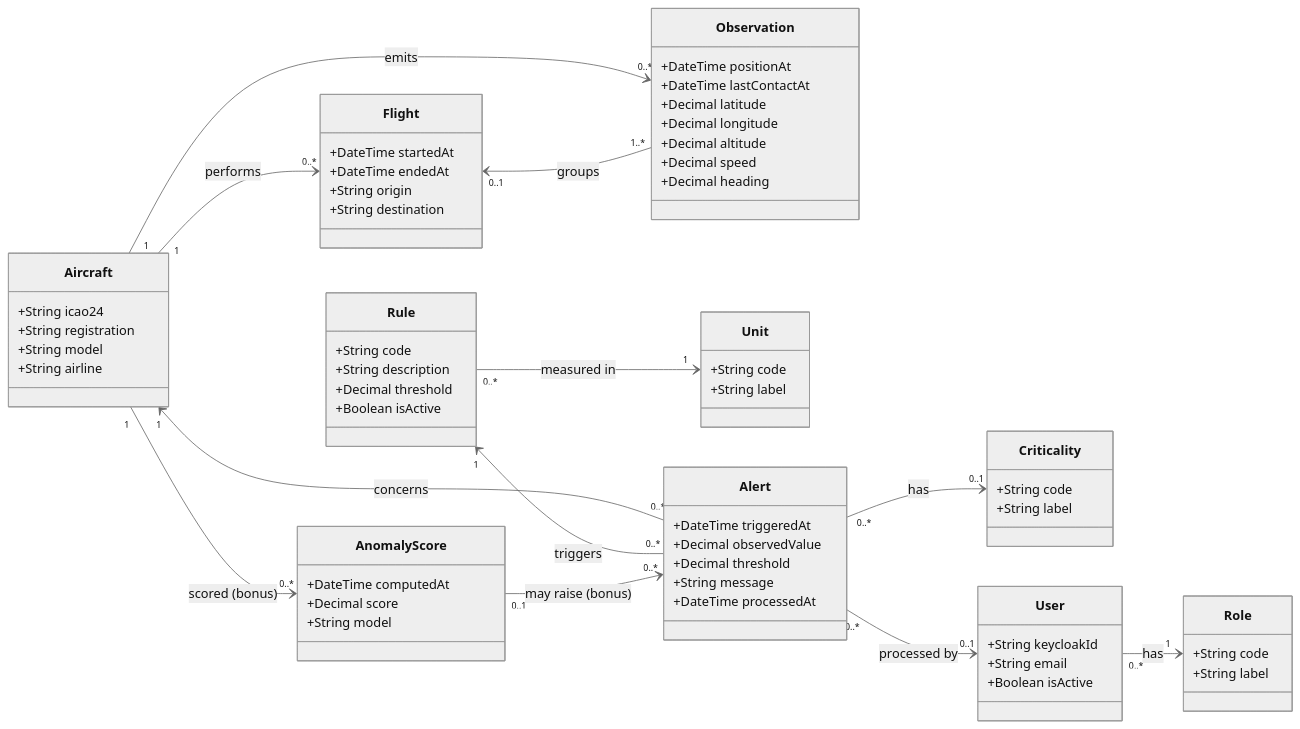
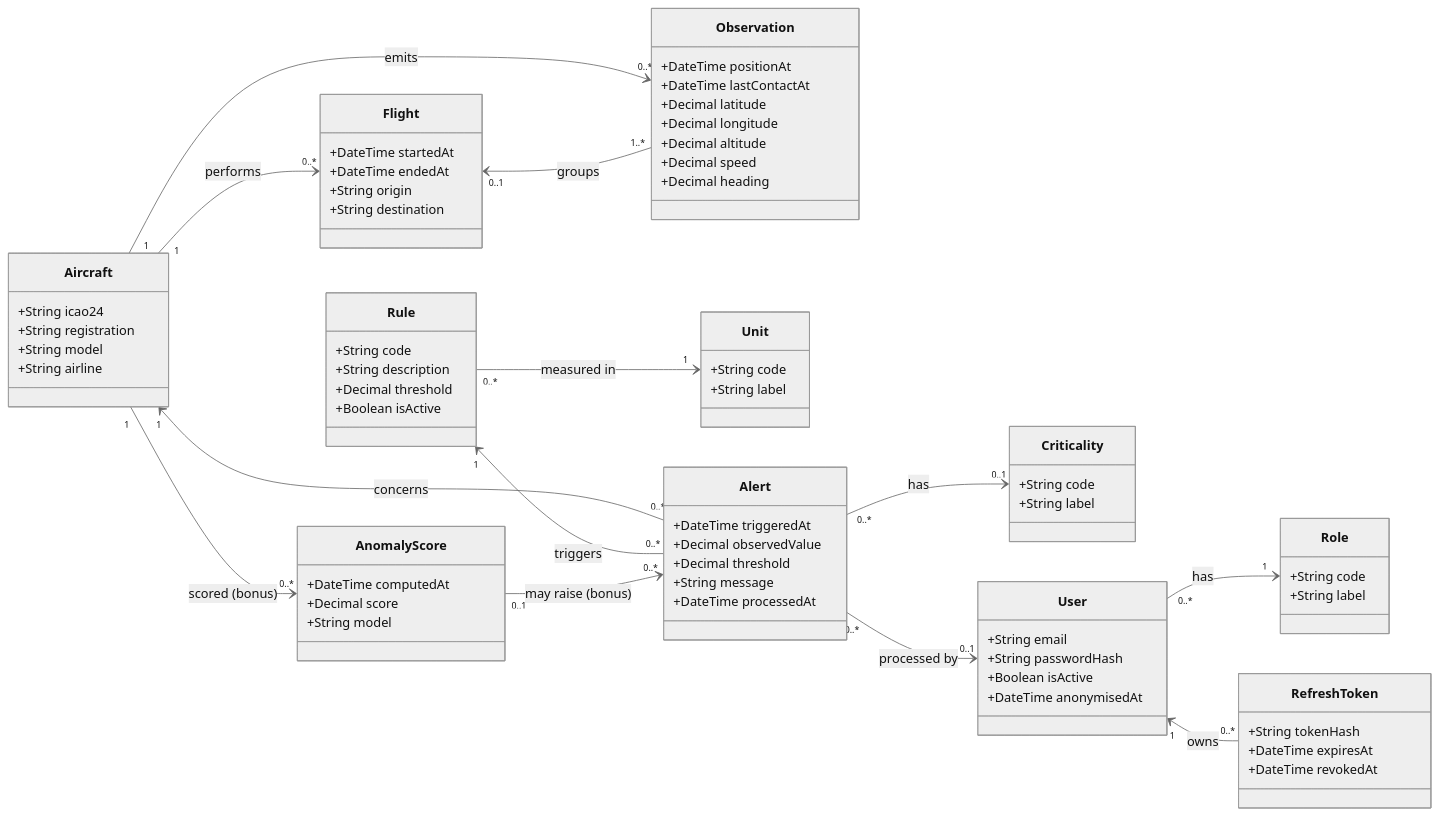
One commit to thibault-dlb/aerosafe changed the diagram in docs/uml/class-diagram.md. Above: the diagram before and after it, drawn with Mermaid (neutral theme). The commit also changed other lines of this file and 10 other files, not shown here.

````diff
--- a/docs/uml/class-diagram.md
+++ b/docs/uml/class-diagram.md
@@ -5,73 +5,80 @@
 ```mermaid
 classDiagram
   direction LR
 
   class Aircraft {
     +String icao24
     +String registration
     +String model
     +String airline
   }
   class Observation {
     +DateTime positionAt
     +DateTime lastContactAt
     +Decimal latitude
     +Decimal longitude
     +Decimal altitude
     +Decimal speed
     +Decimal heading
   }
   class Flight {
     +DateTime startedAt
     +DateTime endedAt
     +String origin
     +String destination
   }
   class Rule {
     +String code
     +String description
     +Decimal threshold
     +Boolean isActive
   }
   class Unit {
     +String code
     +String label
   }
   class Alert {
     +DateTime triggeredAt
     +Decimal observedValue
     +Decimal threshold
     +String message
     +DateTime processedAt
   }
   class Criticality {
     +String code
     +String label
   }
   class User {
-    +String keycloakId
     +String email
+    +String passwordHash
     +Boolean isActive
+    +DateTime anonymisedAt
+  }
+  class RefreshToken {
+    +String tokenHash
+    +DateTime expiresAt
+    +DateTime revokedAt
   }
   class Role {
     +String code
     +String label
   }
   class AnomalyScore {
     +DateTime computedAt
     +Decimal score
     +String model
   }
 
   Aircraft "1" --> "0..*" Observation : emits
   Aircraft "1" --> "0..*" Flight : performs
   Flight "0..1" <-- "1..*" Observation : groups
   Aircraft "1" <-- "0..*" Alert : concerns
   Rule "1" <-- "0..*" Alert : triggers
   Rule "0..*" --> "1" Unit : measured in
   Alert "0..*" --> "0..1" Criticality : has
   Alert "0..*" --> "0..1" User : processed by
   User "0..*" --> "1" Role : has
+  User "1" <-- "0..*" RefreshToken : owns
   Aircraft "1" --> "0..*" AnomalyScore : scored (bonus)
   AnomalyScore "0..1" --> "0..*" Alert : may raise (bonus)
 ```
````
